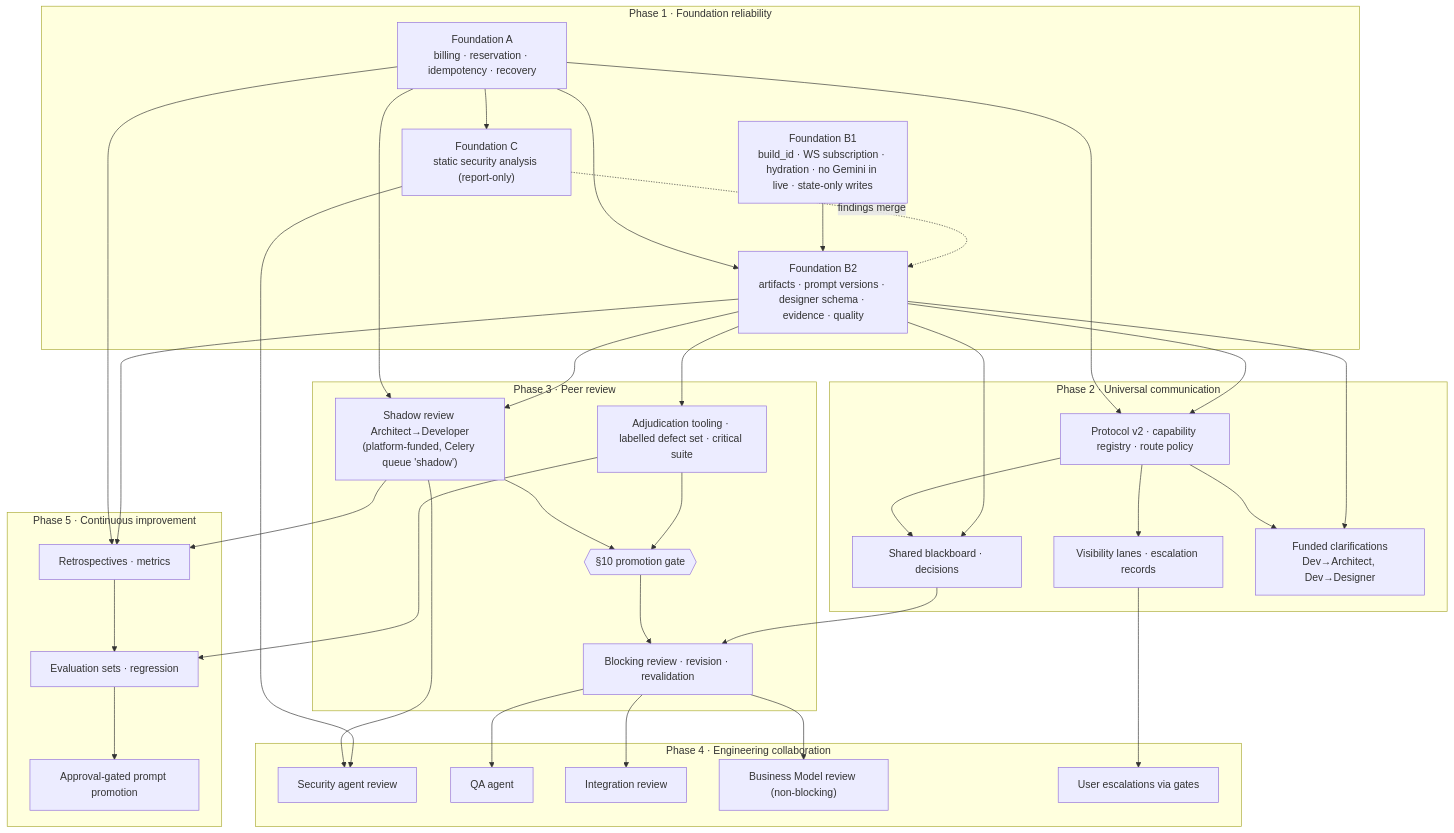
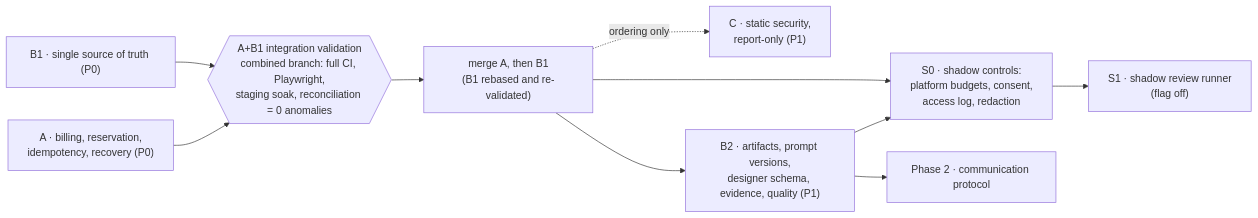
Before and after one commit to F-K75/forge-ai: the diagram in docs/architecture/agent-collaboration-plan.md, drawn with Mermaid. The commit also changed other lines of this file, not shown here.

First line of the commit message:
docs(architecture): amend Revision 2 with approved accounting decisions

````diff
--- a/docs/architecture/agent-collaboration-plan.md
+++ b/docs/architecture/agent-collaboration-plan.md
@@ -222,62 +545,21 @@
 ```mermaid
-graph TD
-  subgraph P1["Phase 1 · Foundation reliability"]
-    A["Foundation A<br/>billing · reservation · idempotency · recovery"]
-    B1["Foundation B1<br/>build_id · WS subscription · hydration · no Gemini in live · state-only writes"]
-    B2["Foundation B2<br/>artifacts · prompt versions · designer schema · evidence · quality"]
-    C["Foundation C<br/>static security analysis (report-only)"]
-  end
-  subgraph P2["Phase 2 · Universal communication"]
-    M["Protocol v2 · capability registry · route policy"]
-    BB["Shared blackboard · decisions"]
-    V["Visibility lanes · escalation records"]
-    CL["Funded clarifications<br/>Dev→Architect, Dev→Designer"]
-  end
-  subgraph P3["Phase 3 · Peer review"]
-    SR["Shadow review Architect→Developer<br/>(platform-funded, Celery queue 'shadow')"]
-    ADJ["Adjudication tooling · labelled defect set · critical suite"]
-    GATE{{"§10 promotion gate"}}
-    ENF["Blocking review · revision · revalidation"]
-  end
-  subgraph P4["Phase 4 · Engineering collaboration"]
-    SEC["Security agent review"]
-    QA["QA agent"]
-    INT["Integration review"]
-    BMR["Business Model review (non-blocking)"]
-    ESC["User escalations via gates"]
-  end
-  subgraph P5["Phase 5 · Continuous improvement"]
-    RET["Retrospectives · metrics"]
-    EVAL["Evaluation sets · regression"]
-    PROMO["Approval-gated prompt promotion"]
-  end
-  A --> B2
-  B1 --> B2
-  A --> C
-  C -. findings merge .-> B2
-  A --> M
-  B2 --> M
-  M --> BB
-  B2 --> BB
-  M --> V
-  M --> CL
-  B2 --> CL
-  A --> SR
-  B2 --> SR
-  B2 --> ADJ
-  SR --> GATE
-  ADJ --> GATE
-  GATE --> ENF
-  BB --> ENF
-  SR --> SEC
-  C --> SEC
-  ENF --> QA
-  ENF --> INT
-  ENF --> BMR
-  V --> ESC
-  A --> RET
-  B2 --> RET
-  SR --> RET
-  ADJ --> EVAL
-  RET --> EVAL --> PROMO
+graph LR
+  A["A · billing, reservation,<br/>idempotency, recovery (P0)"]
+  B1["B1 · single source of truth (P0)"]
+  IV{{"A+B1 integration validation<br/>combined branch: full CI, Playwright,<br/>staging soak, reconciliation = 0 anomalies"}}
+  M["merge A, then B1<br/>(B1 rebased and re-validated)"]
+  C["C · static security,<br/>report-only (P1)"]
+  B2["B2 · artifacts, prompt versions,<br/>designer schema, evidence, quality (P1)"]
+  S0["S0 · shadow controls:<br/>platform budgets, consent,<br/>access log, redaction"]
+  S1["S1 · shadow review runner<br/>(flag off)"]
+  P2["Phase 2 · communication protocol"]
+  A --> IV
+  B1 --> IV
+  IV --> M
+  M --> B2
+  M -. ordering only .-> C
+  B2 --> S0
+  M --> S0
+  S0 --> S1
+  B2 --> P2
 ```
````
